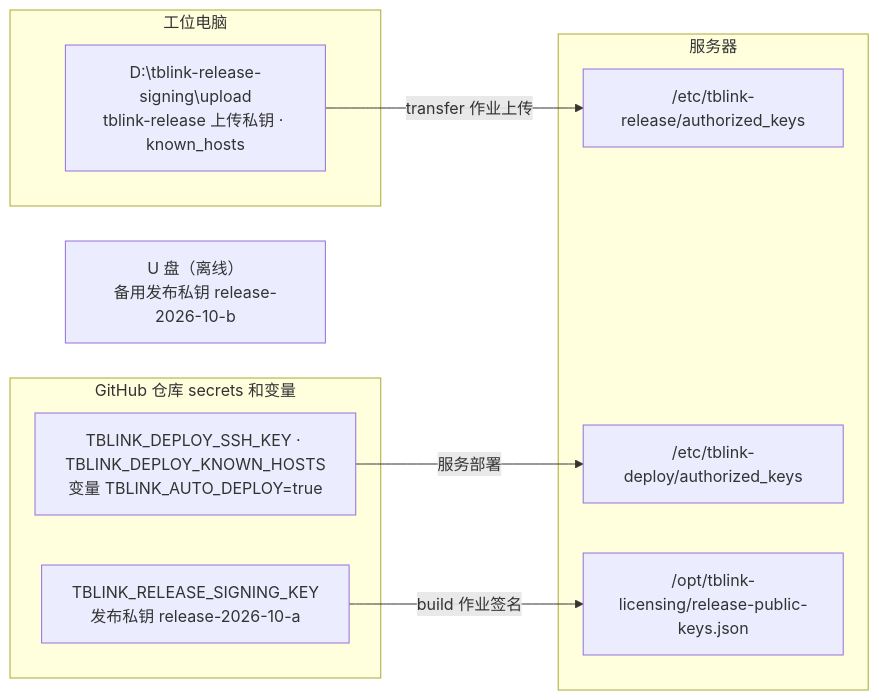
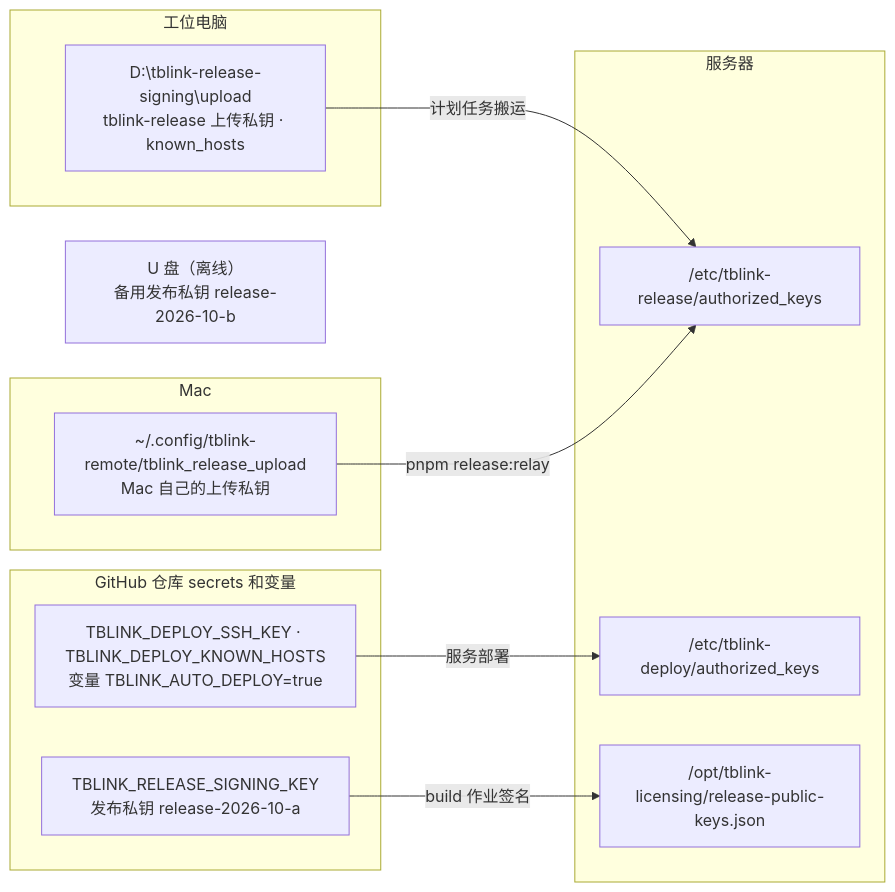
One commit to Fldicoahkiin/tuanbo-link-console changed the third of 3 diagrams in README.md. Above: the diagram before and after it, drawn with Mermaid. The commit also changed other lines of this file and 5 other files, not shown here.

First line of the commit message:
docs: describe the release relay and its server install

````diff
--- a/README.md
+++ b/README.md
@@ -231,19 +231,23 @@
 ```mermaid
 flowchart LR
   subgraph gh["GitHub 仓库 secrets 和变量"]
     sign["TBLINK_RELEASE_SIGNING_KEY<br/>发布私钥 release-2026-10-a"]
     deploy["TBLINK_DEPLOY_SSH_KEY · TBLINK_DEPLOY_KNOWN_HOSTS<br/>变量 TBLINK_AUTO_DEPLOY=true"]
   end
   subgraph office["工位电脑"]
     upload["D:\tblink-release-signing\upload<br/>tblink-release 上传私钥 · known_hosts"]
   end
+  subgraph mac["Mac"]
+    macupload["~/.config/tblink-remote/tblink_release_upload<br/>Mac 自己的上传私钥"]
+  end
   usb["U 盘（离线）<br/>备用发布私钥 release-2026-10-b"]
   subgraph server["服务器"]
     relkeys["/etc/tblink-release/authorized_keys"]
     depkeys["/etc/tblink-deploy/authorized_keys"]
     pub["/opt/tblink-licensing/release-public-keys.json"]
   end
   sign -->|"build 作业签名"| pub
-  upload -->|"transfer 作业上传"| relkeys
+  upload -->|"计划任务搬运"| relkeys
+  macupload -->|"pnpm release:relay"| relkeys
   deploy -->|"服务部署"| depkeys
 ```
````
